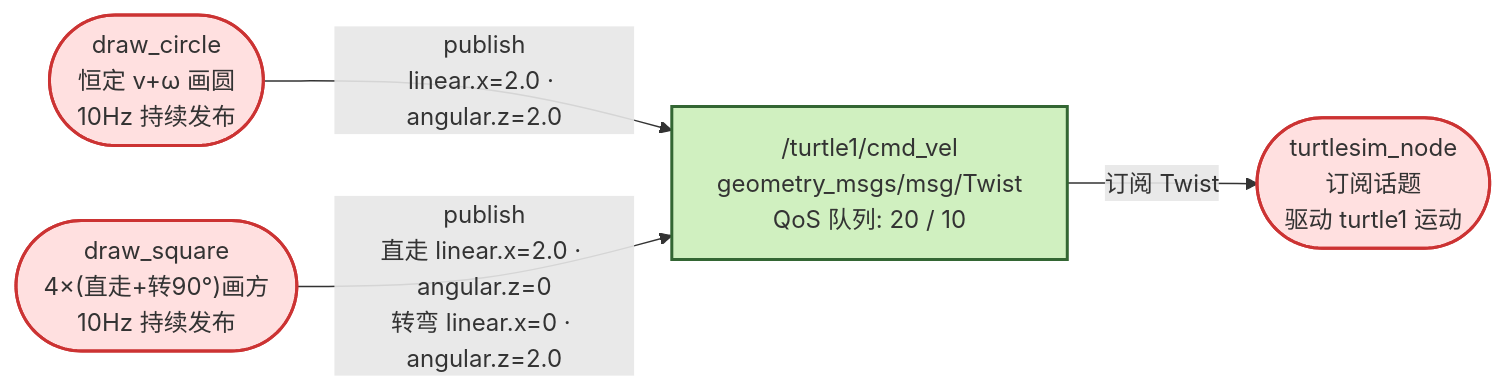
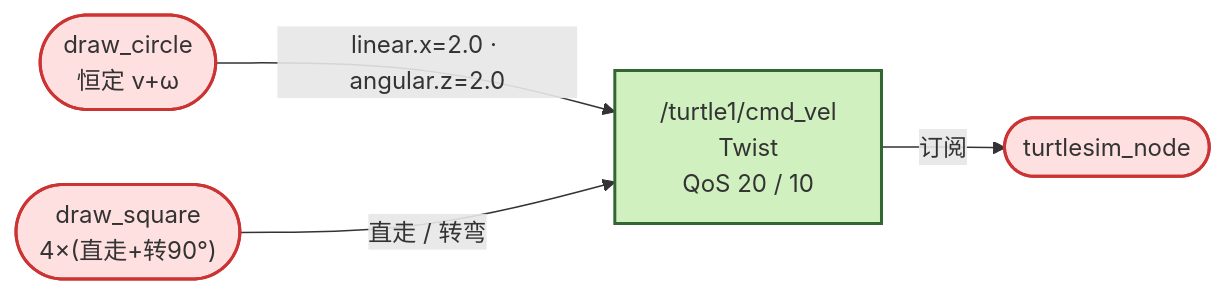
Before and after one commit to Korotomx/STD: the first of 2 diagrams in ROS2/学习笔记/项目学习/turtle_draw_项目总结.md, drawn with Mermaid. The commit also changed other lines of this file and 173 other files, not shown here.

````diff
--- a/ROS2/学习笔记/项目学习/turtle_draw_项目总结.md
+++ b/ROS2/学习笔记/项目学习/turtle_draw_项目总结.md
@@ -46,16 +21,16 @@
 ```mermaid
 flowchart LR
-    N1(["draw_circle<br/>恒定 v+ω 画圆<br/>10Hz 持续发布"])
-    N2(["draw_square<br/>4×(直走+转90°)画方<br/>10Hz 持续发布"])
-    T["/turtle1/cmd_vel<br/>geometry_msgs/msg/Twist<br/>QoS 队列: 20 / 10"]
-    S(["turtlesim_node<br/>订阅话题<br/>驱动 turtle1 运动"])
+    N1(["draw_circle<br/>恒定 v+ω"])
+    N2(["draw_square<br/>4×(直走+转90°)"])
+    T["/turtle1/cmd_vel<br/>Twist<br/>QoS 20 / 10"]
+    S(["turtlesim_node"])
 
-    N1 -->|"publish<br/>linear.x=2.0 · angular.z=2.0"| T
-    N2 -->|"publish<br/>直走 linear.x=2.0 · angular.z=0<br/>转弯 linear.x=0 · angular.z=2.0"| T
-    T -->|"订阅 Twist"| S
+    N1 -->|"linear.x=2.0 · angular.z=2.0"| T
+    N2 -->|"直走 / 转弯"| T
+    T -->|订阅| S
 
     classDef node fill:#ffe0e0,stroke:#c33,stroke-width:2px;
     classDef topic fill:#d0f0c0,stroke:#363,stroke-width:2px;
     class N1,N2,S node;
     class T topic;
 ```
````
